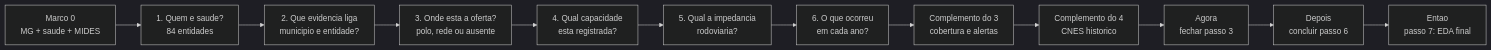
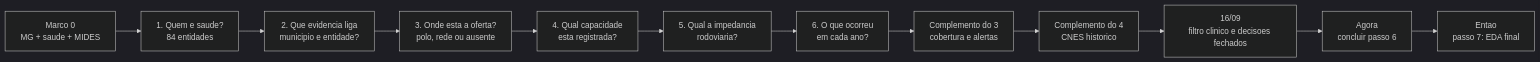
One commit to driano1221/consorcios-mg-dados-territorio changed the first of 4 diagrams in analises/modelo_gravitacional_saude/LINHA_DO_TEMPO_PASSOS.md. Above: the diagram before and after it, drawn with Mermaid (dark theme). The commit also changed other lines of this file and 9 other files, not shown here.

````diff
--- a/analises/modelo_gravitacional_saude/LINHA_DO_TEMPO_PASSOS.md
+++ b/analises/modelo_gravitacional_saude/LINHA_DO_TEMPO_PASSOS.md
@@ -16,14 +13,14 @@
 ```mermaid
 flowchart LR
   P0["Marco 0<br/>MG + saude + MIDES"] --> P1["1. Quem e saude?<br/>84 entidades"]
   P1 --> P2["2. Que evidencia liga<br/>municipio e entidade?"]
   P2 --> P3["3. Onde esta a oferta?<br/>polo, rede ou ausente"]
   P3 --> P4["4. Qual capacidade<br/>esta registrada?"]
   P4 --> P5["5. Qual a impedancia<br/>rodoviaria?"]
   P5 --> P6["6. O que ocorreu<br/>em cada ano?"]
   P6 --> C3["Complemento do 3<br/>cobertura e alertas"]
   C3 --> C4["Complemento do 4<br/>CNES historico"]
-  C4 --> N3["Agora<br/>fechar passo 3"]
-  N3 --> N6["Depois<br/>concluir passo 6"]
+  C4 --> N3["16/09<br/>filtro clinico e decisoes fechados"]
+  N3 --> N6["Agora<br/>concluir passo 6"]
   N6 --> N7["Entao<br/>passo 7: EDA final"]
 ```
````
